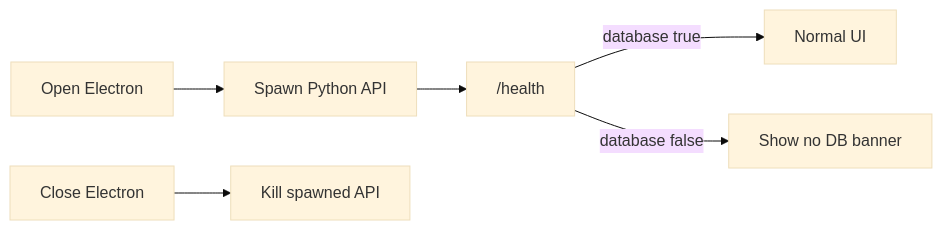
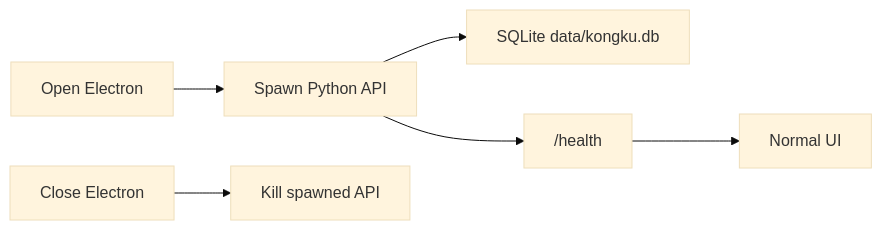
Before and after one commit to codehyd/Knowledge-Base: the diagram in docs/工程/13-桌面端Electron.md, drawn with Mermaid (base theme). The commit also changed other lines of this file and 64 other files, not shown here.

First line of the commit message:
feat(database): refactor database management and enhance API initialization

````diff
--- a/docs/工程/13-桌面端Electron.md
+++ b/docs/工程/13-桌面端Electron.md
@@ -13,8 +12,8 @@
 ```mermaid
 flowchart LR
   openApp[Open Electron] --> spawnApi[Spawn Python API]
+  spawnApi --> sqlite[SQLite data/kongku.db]
   spawnApi --> health["/health"]
-  health -->|database true| uiOk[Normal UI]
-  health -->|database false| uiHint[Show no DB banner]
+  health --> uiOk[Normal UI]
   closeApp[Close Electron] --> killApi[Kill spawned API]
 ```
````
